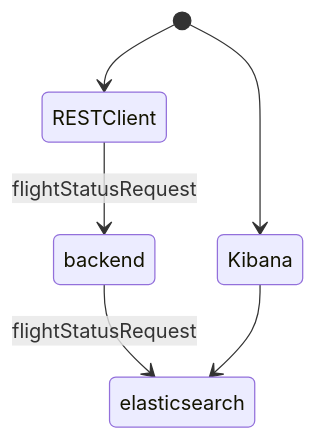
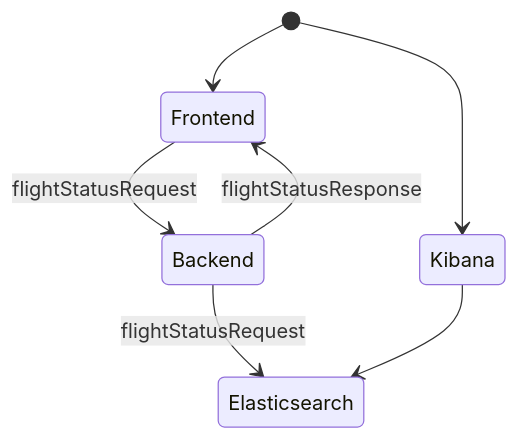
The diagram in README.md (JFWenisch/elasticsearch-microservice-example), drawn with Mermaid before and after one commit.

Commit message:
fix: updated Mermaid diagram according to introduction of frontend

````diff
--- a/README.md
+++ b/README.md
@@ -7,9 +7,10 @@
 ```mermaid
 stateDiagram-v2
- [*] --> RESTClient
- RESTClient --> backend: flightStatusRequest
- backend --> elasticsearch: flightStatusRequest
+ [*] --> Frontend
+Frontend --> Backend: flightStatusRequest
+Backend --> Elasticsearch: flightStatusRequest
+Backend --> Frontend: flightStatusResponse
  [*] --> Kibana 
- Kibana --> elasticsearch
+ Kibana --> Elasticsearch
  
 ```
````
